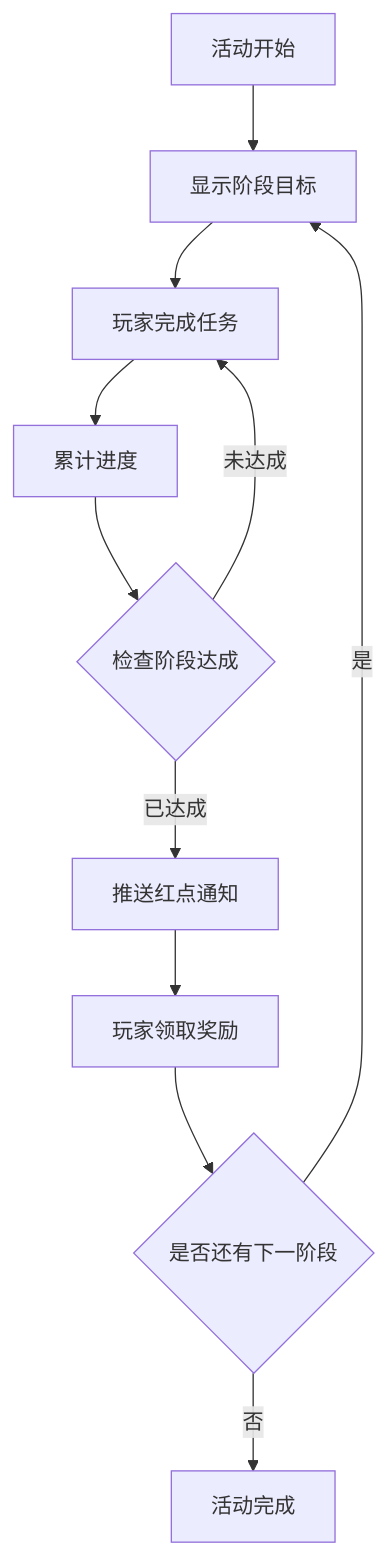
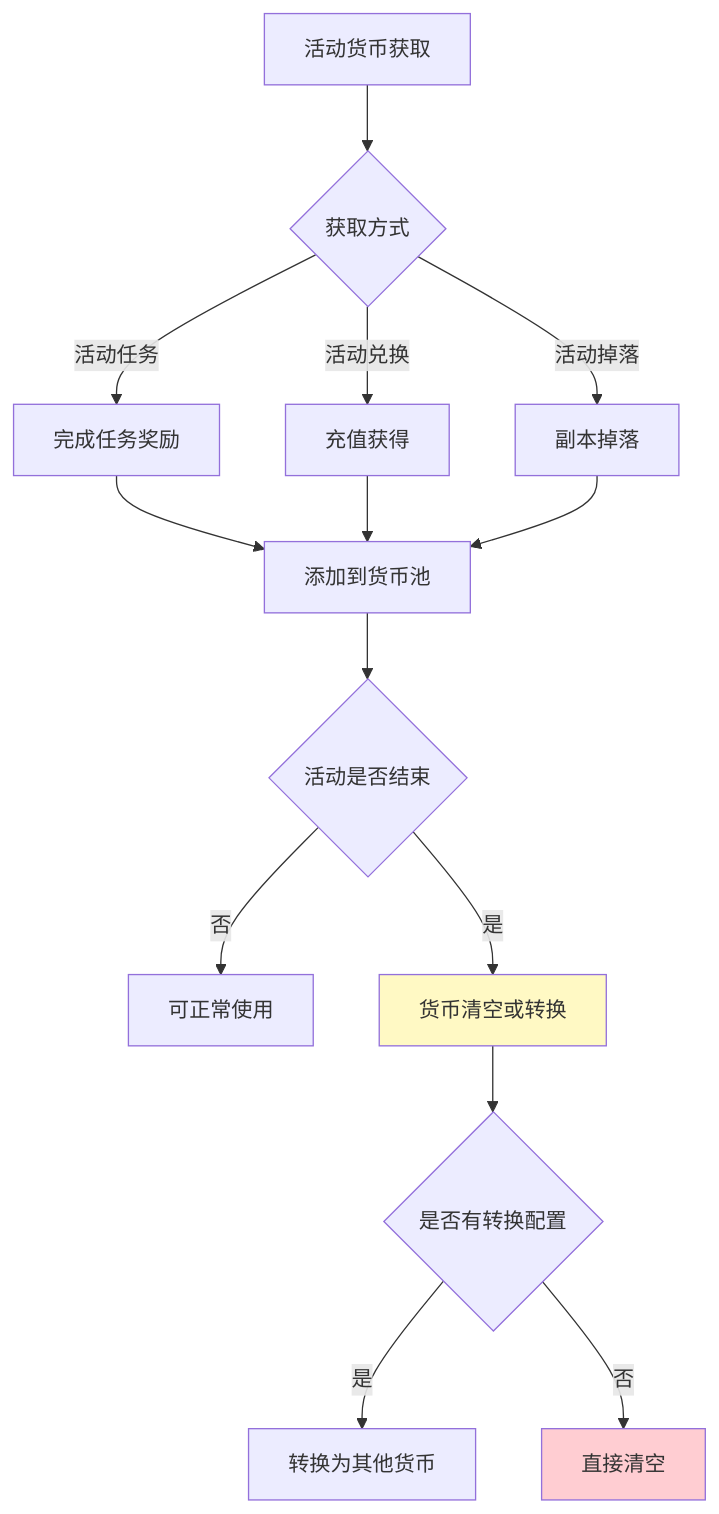
Before and after one commit to Alan-Ben/k2c_game_framework: the ninth of 15 diagrams in docs/Module_Activity/05_完整说明.md, drawn with Mermaid. The commit also changed other lines of this file and 75 other files, not shown here.

````diff
--- a/docs/Module_Activity/05_完整说明.md
+++ b/docs/Module_Activity/05_完整说明.md
@@ -138,13 +513,23 @@
 ```mermaid
 flowchart TD
-    A[活动开始] --> B[显示阶段目标]
-    B --> C[玩家完成任务]
-    C --> D[累计进度]
-    D --> E{检查阶段达成}
-    E -->|未达成| C
-    E -->|已达成| F[推送红点通知]
-    F --> G[玩家领取奖励]
-    G --> H{是否还有下一阶段}
-    H -->|是| B
-    H -->|否| I[活动完成]
+    A[活动货币获取] --> B{获取方式}
+    
+    B -->|活动任务| C[完成任务奖励]
+    B -->|活动兑换| D[充值获得]
+    B -->|活动掉落| E[副本掉落]
+    
+    C --> F[添加到货币池]
+    D --> F
+    E --> F
+    
+    F --> G{活动是否结束}
+    G -->|否| H[可正常使用]
+    G -->|是| I[货币清空或转换]
+    
+    I --> J{是否有转换配置}
+    J -->|是| K[转换为其他货币]
+    J -->|否| L[直接清空]
+    
+    style I fill:#fff9c4
+    style L fill:#ffcdd2
 ```
````
